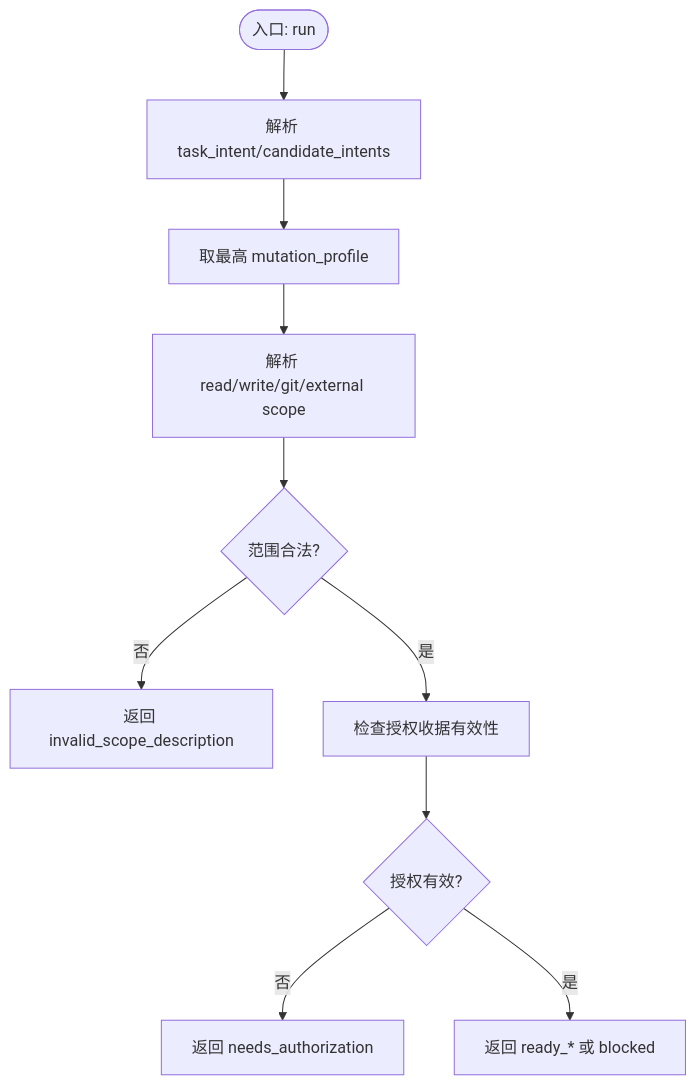
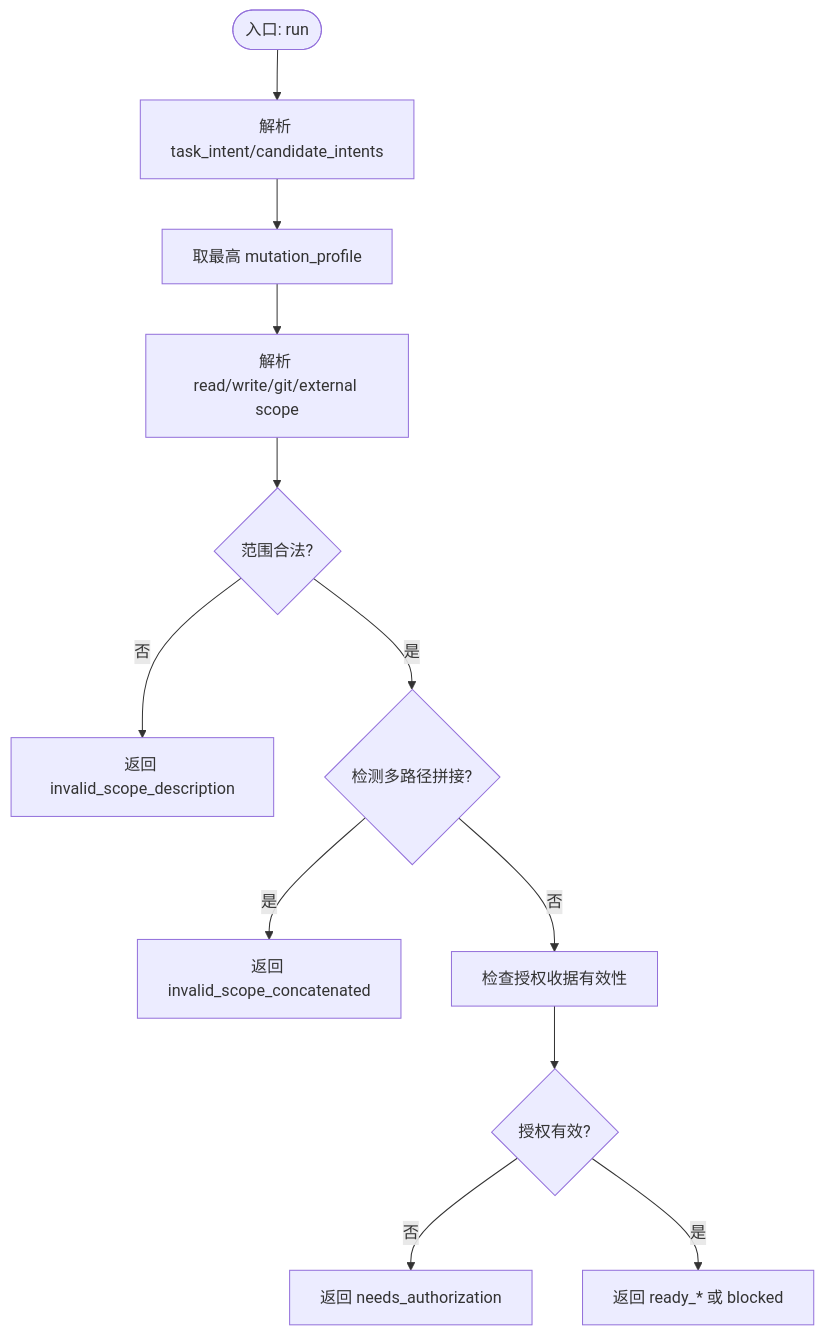
The third of 9 diagrams in .qoder/repowiki/zh/content/任务管理/范围评估与授权.md (HackSing/docs-harness), drawn with Mermaid before and after one commit. The commit also changed other lines of this file and 45 other files, not shown here.

First line of the commit message:
feat(harness): v1.7.6 按变更面选择验证强度、git_commit 受控意图与关键词 Gate 路由移除

````diff
--- a/.qoder/repowiki/zh/content/任务管理/范围评估与授权.md
+++ b/.qoder/repowiki/zh/content/任务管理/范围评估与授权.md
@@ -118,12 +135,14 @@
 ```mermaid
 flowchart TD
 Start(["入口: run"]) --> ParseIntent["解析 task_intent/candidate_intents"]
 ParseIntent --> HighestProfile["取最高 mutation_profile"]
 HighestProfile --> ScopeParse["解析 read/write/git/external scope"]
 ScopeParse --> ValidScope{"范围合法?"}
 ValidScope --> |否| Reject["返回 invalid_scope_description"]
-ValidScope --> |是| AuthCheck["检查授权收据有效性"]
+ValidScope --> |是| ConcatCheck{"检测多路径拼接?"}
+ConcatCheck --> |是| ConcatReject["返回 invalid_scope_concatenated"]
+ConcatCheck --> |否| AuthCheck["检查授权收据有效性"]
 AuthCheck --> AuthOK{"授权有效?"}
 AuthOK --> |否| NeedAuth["返回 needs_authorization"]
 AuthOK --> |是| Ready["返回 ready_* 或 blocked"]
 ```
````
